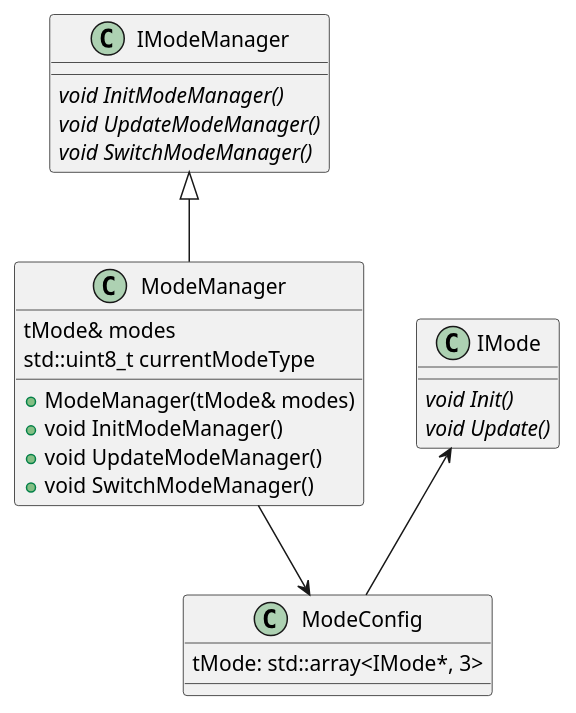
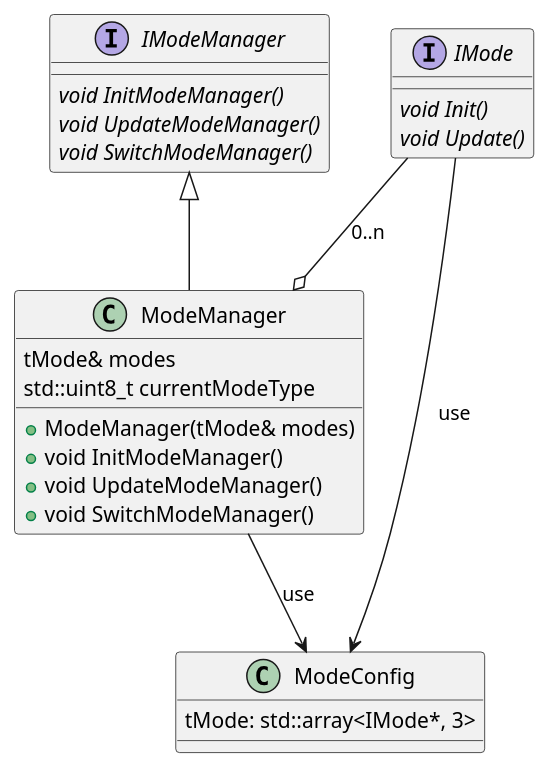
Before and after one commit to 1xXENDXx1/LABS: the diagram in lab5_6.adoc, drawn with PlantUML. The commit also changed other lines of this file and 1 other file, not shown here.

```diff
--- a/lab5_6.adoc
+++ b/lab5_6.adoc
@@ -84,32 +84,33 @@
 [plantuml]
 ----
 
-class IModeManager {
+Interface IModeManager {
     {abstract} void InitModeManager()
     {abstract} void UpdateModeManager()
     {abstract} void SwitchModeManager()
 }
 
 class ModeManager {
     tMode& modes
     std::uint8_t currentModeType
     + ModeManager(tMode& modes)
     + void InitModeManager()
     + void UpdateModeManager()
     + void SwitchModeManager()
 }
 
-class IMode {
+Interface IMode {
     {abstract} void Init()
     {abstract} void Update()
 }
 
 class ModeConfig {
     tMode: std::array<IMode*, 3>
 }
 
 IModeManager <|-- ModeManager
-IMode <-- ModeConfig
-ModeManager --> ModeConfig
+IMode --> ModeConfig : use
+IMode --o ModeManager: 0..n
+ModeManager --> ModeConfig : use
 
 ----
```
